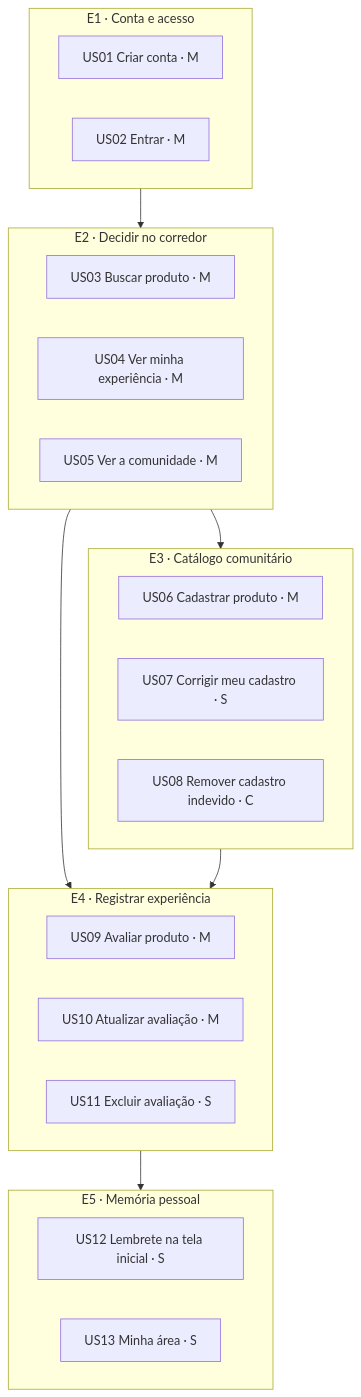
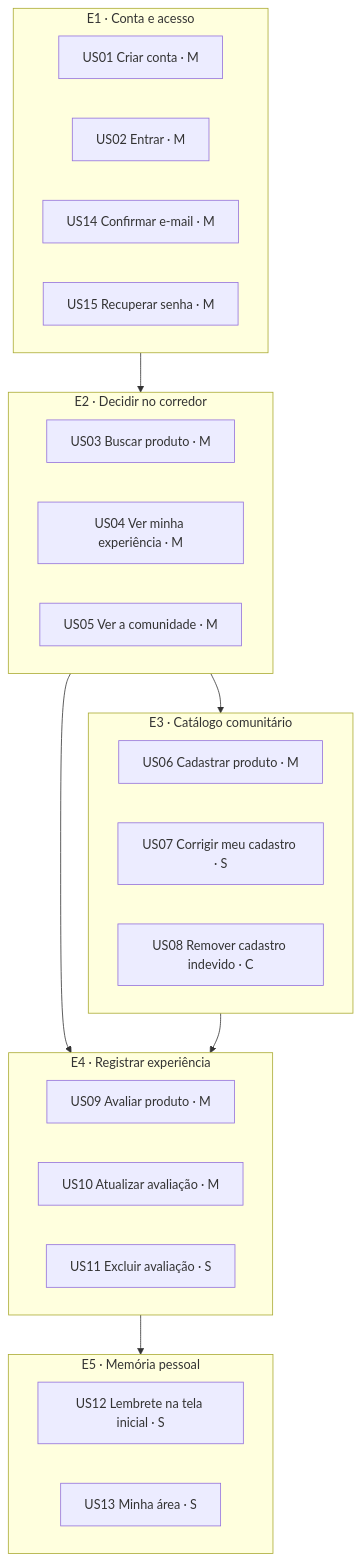
Before and after one commit to vsys-val/fastapi-merchant-app: the diagram in docs/historias-usuario.md, drawn with Mermaid. The commit also changed other lines of this file and 15 other files, not shown here.

````diff
--- a/docs/historias-usuario.md
+++ b/docs/historias-usuario.md
@@ -9,28 +9,30 @@
 ```mermaid
 flowchart TB
   subgraph E1[E1 · Conta e acesso]
     US01[US01 Criar conta · M]
     US02[US02 Entrar · M]
+    US14[US14 Confirmar e-mail · M]
+    US15[US15 Recuperar senha · M]
   end
   subgraph E2[E2 · Decidir no corredor]
     US03[US03 Buscar produto · M]
     US04[US04 Ver minha experiência · M]
     US05[US05 Ver a comunidade · M]
   end
   subgraph E3[E3 · Catálogo comunitário]
     US06[US06 Cadastrar produto · M]
     US07[US07 Corrigir meu cadastro · S]
     US08[US08 Remover cadastro indevido · C]
   end
   subgraph E4[E4 · Registrar experiência]
     US09[US09 Avaliar produto · M]
     US10[US10 Atualizar avaliação · M]
     US11[US11 Excluir avaliação · S]
   end
   subgraph E5[E5 · Memória pessoal]
     US12[US12 Lembrete na tela inicial · S]
     US13[US13 Minha área · S]
   end
   E1 --> E2 --> E4 --> E5
   E2 --> E3 --> E4
 ```
````
